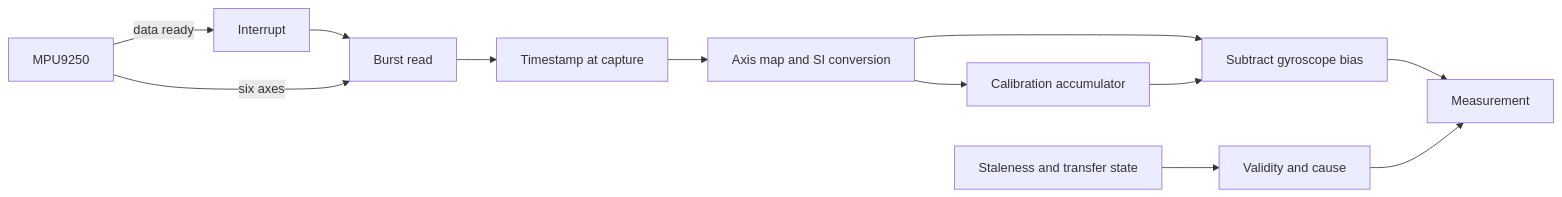
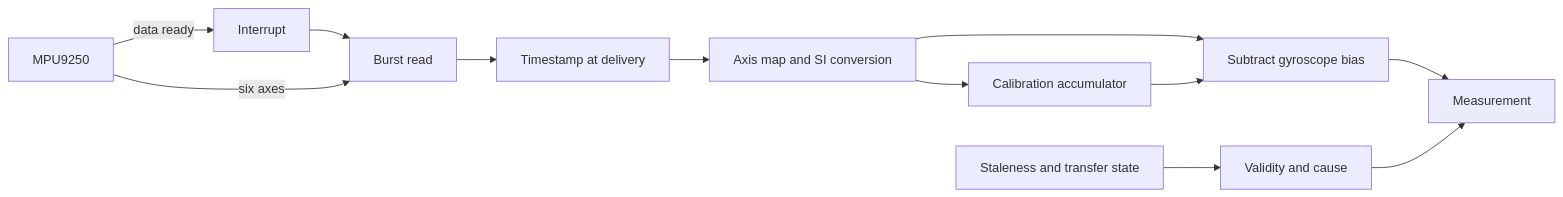
Before and after one commit to embedded-pro/e-Inverted-pendulum-bot: the fourth of 4 diagrams in documentation/design/imu-sensing.md, drawn with Mermaid. The commit also changed other lines of this file and 9 other files, not shown here.

````diff
--- a/documentation/design/imu-sensing.md
+++ b/documentation/design/imu-sensing.md
@@ -249,14 +249,14 @@
 ```mermaid
 graph LR
     PART[MPU9250] -->|data ready| INT[Interrupt]
     INT --> READ[Burst read]
     PART -->|six axes| READ
-    READ --> STAMP[Timestamp at capture]
+    READ --> STAMP[Timestamp at delivery]
     STAMP --> MAP[Axis map and SI conversion]
     MAP --> BIAS[Subtract gyroscope bias]
     MAP --> CAL[Calibration accumulator]
     CAL --> BIAS
     BIAS --> OUT[Measurement]
     FRESH[Staleness and transfer state] --> VALID[Validity and cause]
     VALID --> OUT
 ```
````
